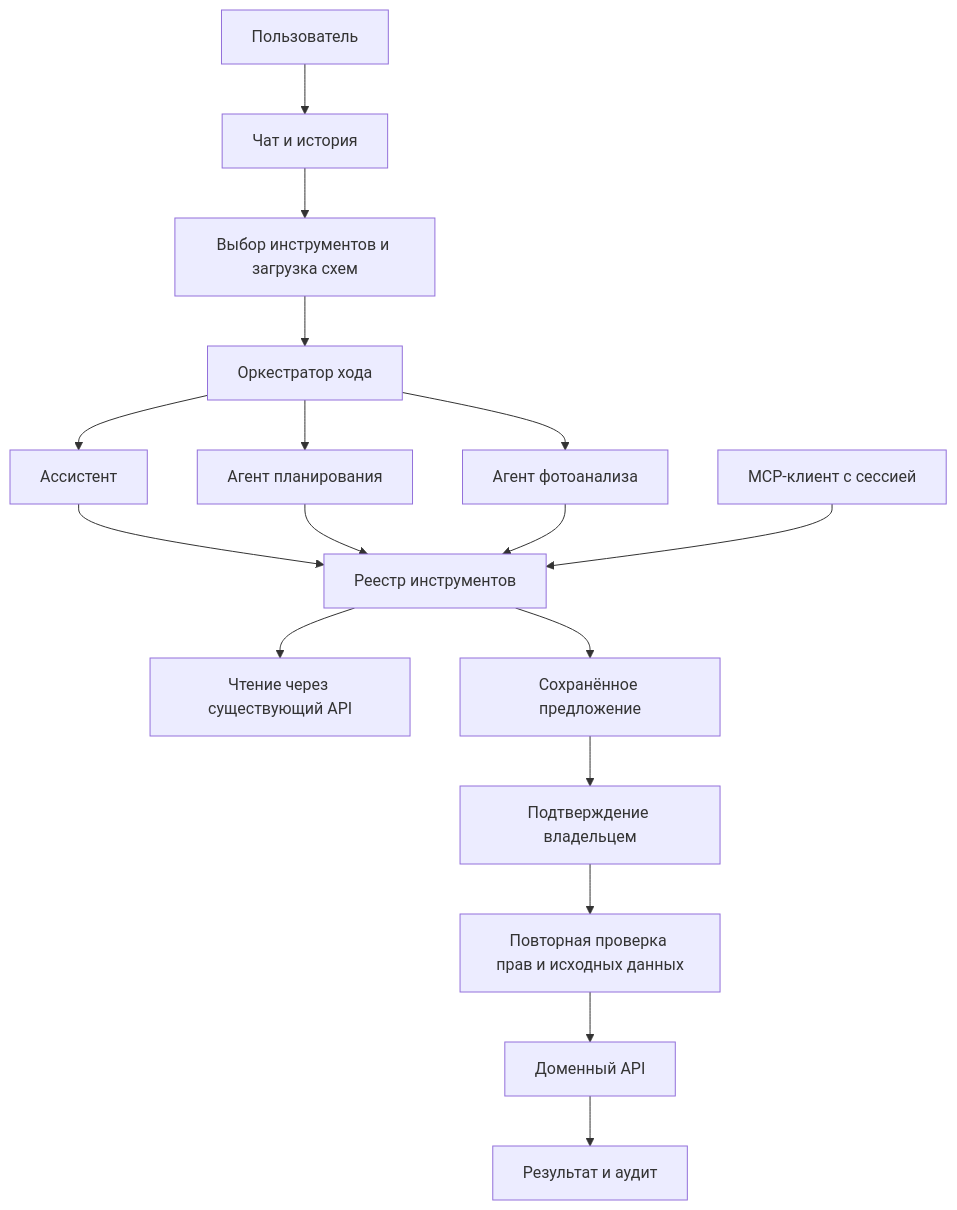
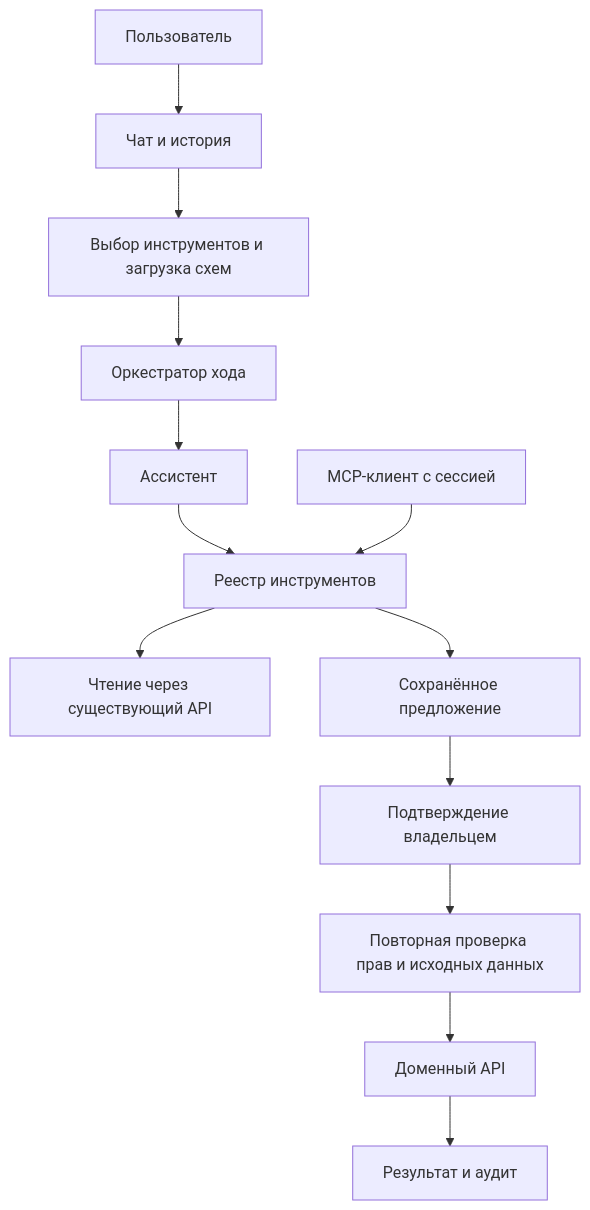
One commit to Fir-White/FixRateAI changed the diagram in docs/service/assistant.md. Above: the diagram before and after it, drawn with Mermaid. The commit also changed other lines of this file and 14 other files, not shown here.

````diff
--- a/docs/service/assistant.md
+++ b/docs/service/assistant.md
@@ -13,19 +15,15 @@
 ```mermaid
 flowchart TD
     U[Пользователь] --> C[Чат и история]
     C --> S[Выбор инструментов и загрузка схем]
     S --> R[Оркестратор хода]
     R --> A[Ассистент]
-    R --> P[Агент планирования]
-    R --> V[Агент фотоанализа]
     A --> T[Реестр инструментов]
-    P --> T
-    V --> T
     M[MCP-клиент с сессией] --> T
     T --> Q[Чтение через существующий API]
     T --> D[Сохранённое предложение]
     D --> H[Подтверждение владельцем]
     H --> E[Повторная проверка прав и исходных данных]
     E --> B[Доменный API]
     B --> O[Результат и аудит]
 ```
````
